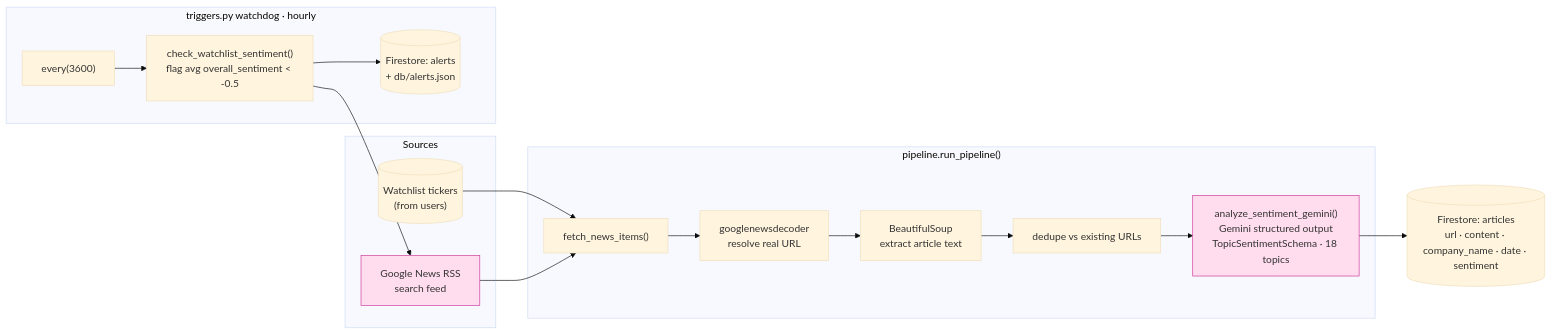
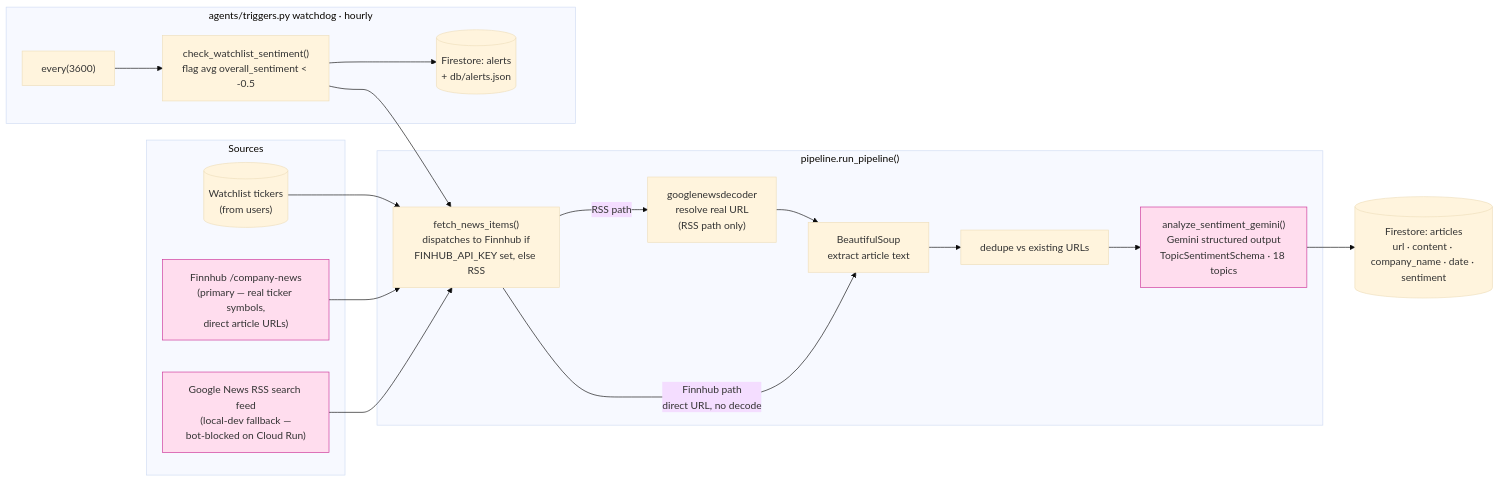
Before and after one commit to mathamatigician/MarketWave: the second of 3 diagrams in ARCHITECTURE.md, drawn with Mermaid (base theme). The commit also changed other lines of this file and 12 other files, not shown here.

First line of the commit message:
docs: refresh architecture diagrams for Finnhub news source migration (#24)

````diff
--- a/ARCHITECTURE.md
+++ b/ARCHITECTURE.md
@@ -134,32 +135,36 @@
 ```mermaid
 flowchart LR
     subgraph SRC["Sources"]
         wl[("Watchlist tickers<br/>(from users)")]
-        rss["Google News RSS<br/>search feed"]
+        finnhub["Finnhub /company-news<br/>(primary — real ticker symbols,<br/>direct article URLs)"]
+        rss["Google News RSS search feed<br/>(local-dev fallback —<br/>bot-blocked on Cloud Run)"]
     end
 
     subgraph ING["pipeline.run_pipeline()"]
-        fetch["fetch_news_items()"]
-        decode["googlenewsdecoder<br/>resolve real URL"]
+        fetch["fetch_news_items()<br/>dispatches to Finnhub if<br/>FINHUB_API_KEY set, else RSS"]
+        decode["googlenewsdecoder<br/>resolve real URL<br/>(RSS path only)"]
         scrape["BeautifulSoup<br/>extract article text"]
         dedupe["dedupe vs existing URLs"]
         score["analyze_sentiment_gemini()<br/>Gemini structured output<br/>TopicSentimentSchema · 18 topics"]
     end
 
     art[("Firestore: articles<br/>url · content · company_name · date · sentiment")]
 
     wl --> fetch
+    finnhub --> fetch
     rss --> fetch
-    fetch --> decode --> scrape --> dedupe --> score --> art
+    fetch -->|RSS path| decode --> scrape
+    fetch -->|Finnhub path<br/>direct URL, no decode| scrape
+    scrape --> dedupe --> score --> art
 
-    subgraph WD["triggers.py watchdog · hourly"]
+    subgraph WD["agents/triggers.py watchdog · hourly"]
         every["every(3600)"]
         check["check_watchlist_sentiment()<br/>flag avg overall_sentiment < -0.5"]
         alert[("Firestore: alerts<br/>+ db/alerts.json")]
     end
-    every --> check --> rss
+    every --> check --> fetch
     check --> alert
 
     classDef ext fill:#fde,stroke:#c39;
-    class rss,score ext;
+    class finnhub,rss,score ext;
 ```
````
